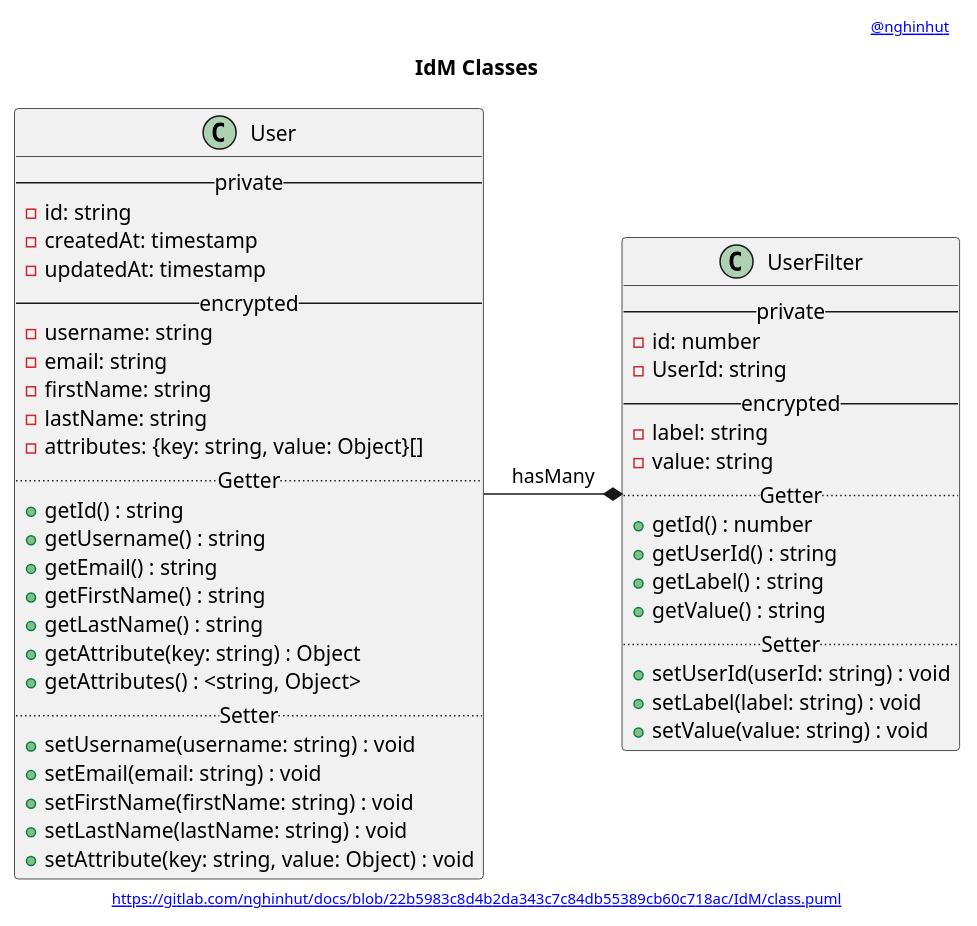
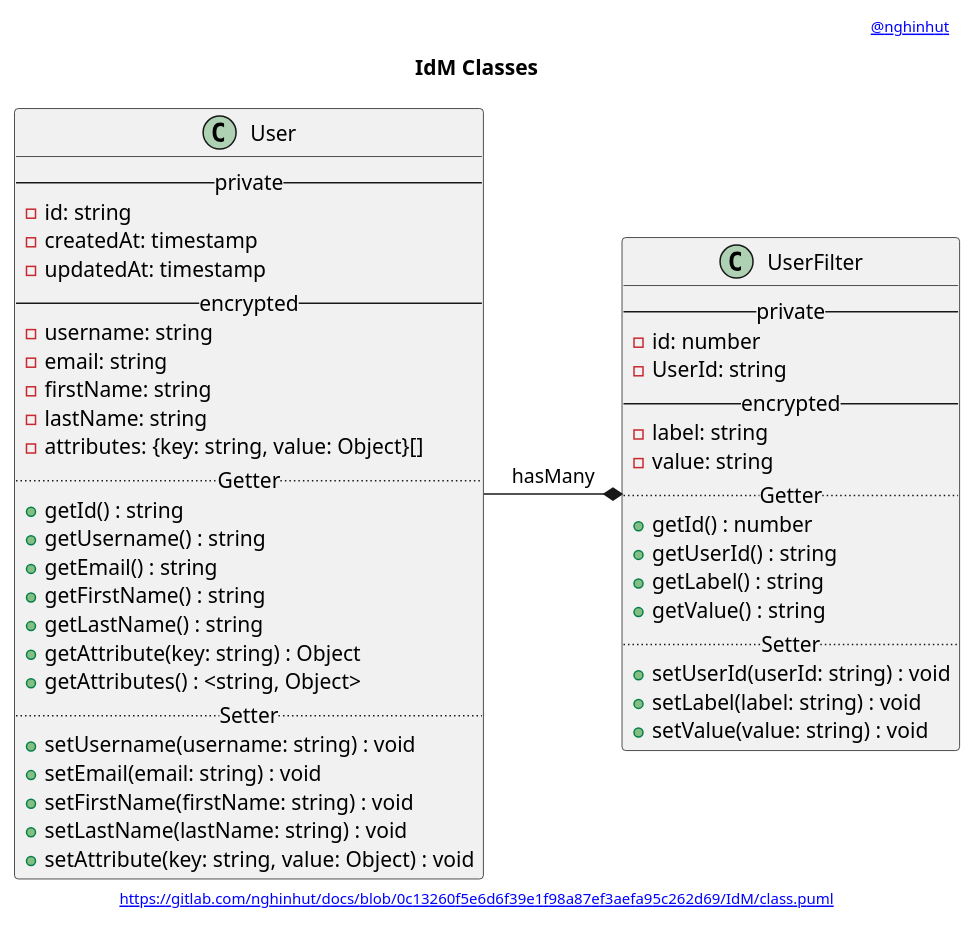
One commit to nghinhut/docs changed the diagram in IdM/class.puml. Above: the diagram before and after it, drawn with PlantUML. The commit also changed 47 other files, not shown here.

```diff
--- a/IdM/class.puml
+++ b/IdM/class.puml
@@ -1,56 +1,56 @@
 @startuml
 '-----START auto generated metadata please keep comment here to allow auto update-----
 '-----DON'T EDIT THIS SECTION, INSTEAD RE-RUN prebuild.sh TO UPDATE-----
-header [[https://www.nghinhut.dev?from=http%5C%3A%5C%2F%5C%2Fwww%5C.plantuml%5C.com%5C%2Fplantuml%5C%2Fproxy%3Ffmt%3Dsvg%5C%26src%3Dhttps%5C%3A%5C%2F%5C%2Fgitlab%5C.com%5C%2Fnghinhut%5C%2Fdocs%5C%2Fraw%5C%2F22b5983c8d4b2da343c7c84db55389cb60c718ac%5C%2FIdM%5C%2Fclass%5C.puml%0A @nghinhut]]
-footer [[http://www.plantuml.com/plantuml/proxy?fmt=svg&src=https://gitlab.com/nghinhut/docs/raw/22b5983c8d4b2da343c7c84db55389cb60c718ac/IdM/class.puml https://gitlab.com/nghinhut/docs/blob/22b5983c8d4b2da343c7c84db55389cb60c718ac/IdM/class.puml]]
+header [[https://www.nghinhut.dev?from=http%5C%3A%5C%2F%5C%2Fwww%5C.plantuml%5C.com%5C%2Fplantuml%5C%2Fproxy%3Ffmt%3Dsvg%5C%26src%3Dhttps%5C%3A%5C%2F%5C%2Fgitlab%5C.com%5C%2Fnghinhut%5C%2Fdocs%5C%2Fraw%5C%2F0c13260f5e6d6f39e1f98a87ef3aefa95c262d69%5C%2FIdM%5C%2Fclass%5C.puml%0A @nghinhut]]
+footer [[http://www.plantuml.com/plantuml/proxy?fmt=svg&src=https://gitlab.com/nghinhut/docs/raw/0c13260f5e6d6f39e1f98a87ef3aefa95c262d69/IdM/class.puml https://gitlab.com/nghinhut/docs/blob/0c13260f5e6d6f39e1f98a87ef3aefa95c262d69/IdM/class.puml]]
 '-----END auto generated metadata please keep comment here to allow auto update-----
 title IdM Classes
 
 class "User" as user {
     -- private --
     - id: string
     - createdAt: timestamp
     - updatedAt: timestamp
     -- encrypted --
     - username: string
     - email: string
     - firstName: string
     - lastName: string
     - attributes: {key: string, value: Object}[]
     .. Getter ..
     + getId() : string
     + getUsername() : string
     + getEmail() : string
     + getFirstName() : string
     + getLastName() : string
     + getAttribute(key: string) : Object
     + getAttributes() : <string, Object>
     .. Setter ..
     + setUsername(username: string) : void
     + setEmail(email: string) : void
     + setFirstName(firstName: string) : void
     + setLastName(lastName: string) : void
     + setAttribute(key: string, value: Object) : void
 }
 
 class "UserFilter" as user_filter {
     -- private --
     - id: number
     - UserId: string
     -- encrypted --
     - label: string
     - value: string
     .. Getter ..
     + getId() : number
     + getUserId() : string
     + getLabel() : string
     + getValue() : string
     .. Setter ..
     + setUserId(userId: string) : void
     + setLabel(label: string) : void
     + setValue(value: string) : void
 }
 
 user -* user_filter : hasMany
 
 @enduml
```
